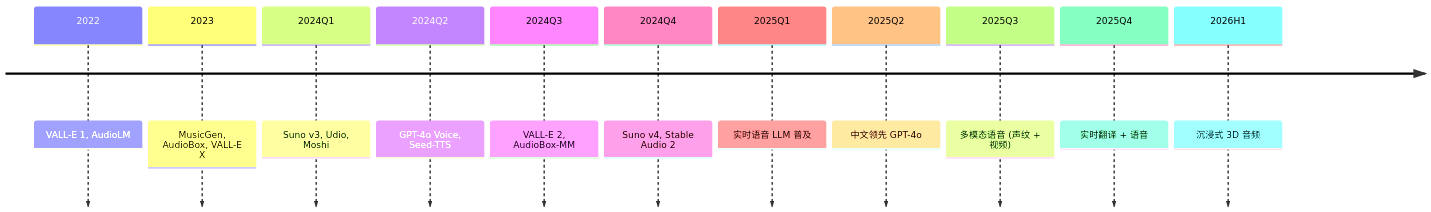
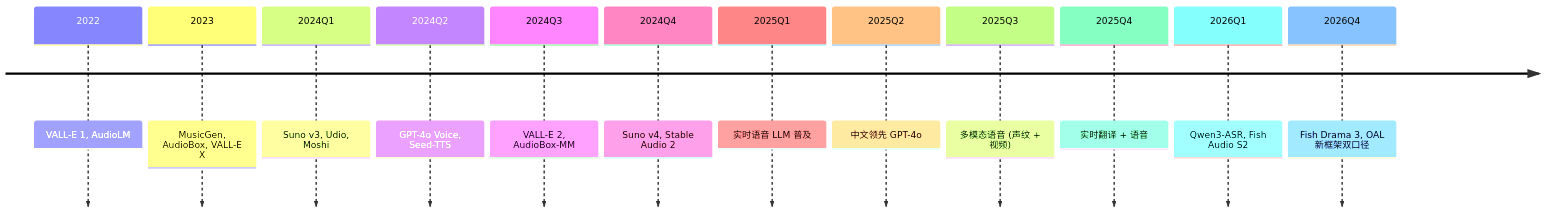
The diagram in zh/教辅/讲解稿/第09章/06. 2024-2026语音前沿.md (godlockin/maths-cs-ai-compendium), drawn with Mermaid before and after one commit. The commit also changed other lines of this file and 36 other files, not shown here.

````diff
--- a/zh/教辅/讲解稿/第09章/06. 2024-2026语音前沿.md
+++ b/zh/教辅/讲解稿/第09章/06. 2024-2026语音前沿.md
@@ -290,14 +290,15 @@
 ```mermaid
 timeline
     2022 : VALL-E 1, AudioLM
     2023 : MusicGen, AudioBox, VALL-E X
     2024Q1 : Suno v3, Udio, Moshi
     2024Q2 : GPT-4o Voice, Seed-TTS
     2024Q3 : VALL-E 2, AudioBox-MM
     2024Q4 : Suno v4, Stable Audio 2
     2025Q1 : 实时语音 LLM 普及
     2025Q2 : 中文领先 GPT-4o
     2025Q3 : 多模态语音 (声纹 + 视频)
     2025Q4 : 实时翻译 + 语音
-    2026H1 : 沉浸式 3D 音频
+    2026Q1 : Qwen3-ASR, Fish Audio S2
+    2026Q4 : Fish Drama 3, OAL 新框架双口径
 ```
````
